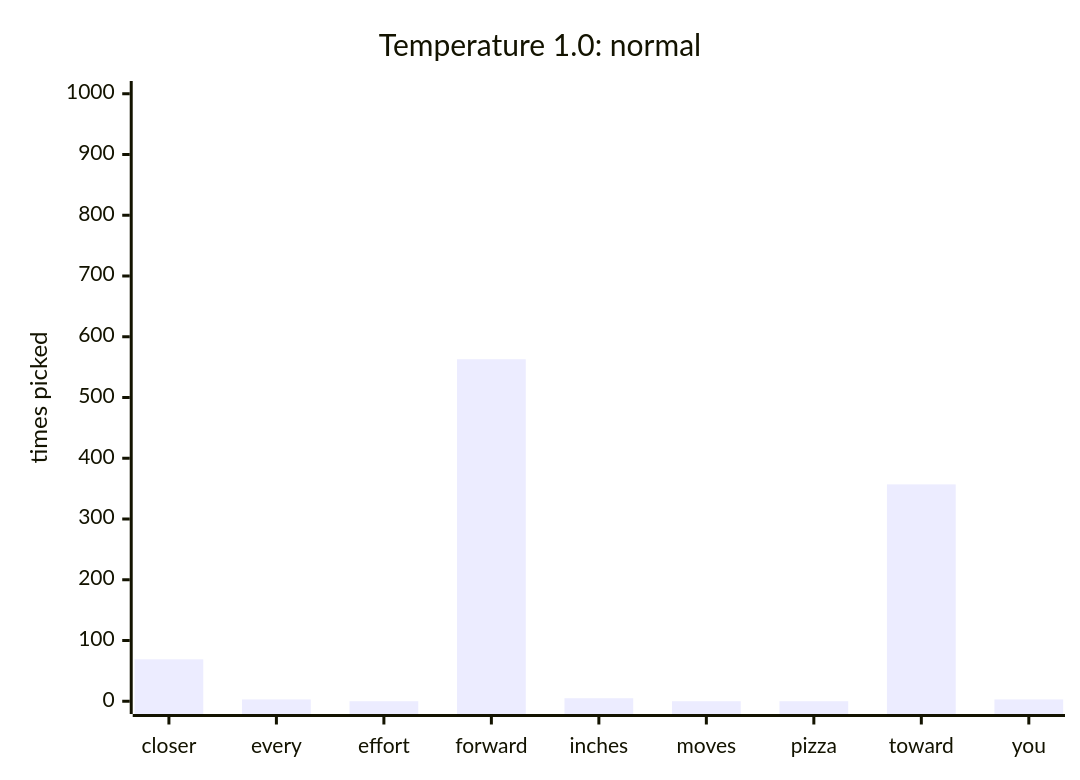
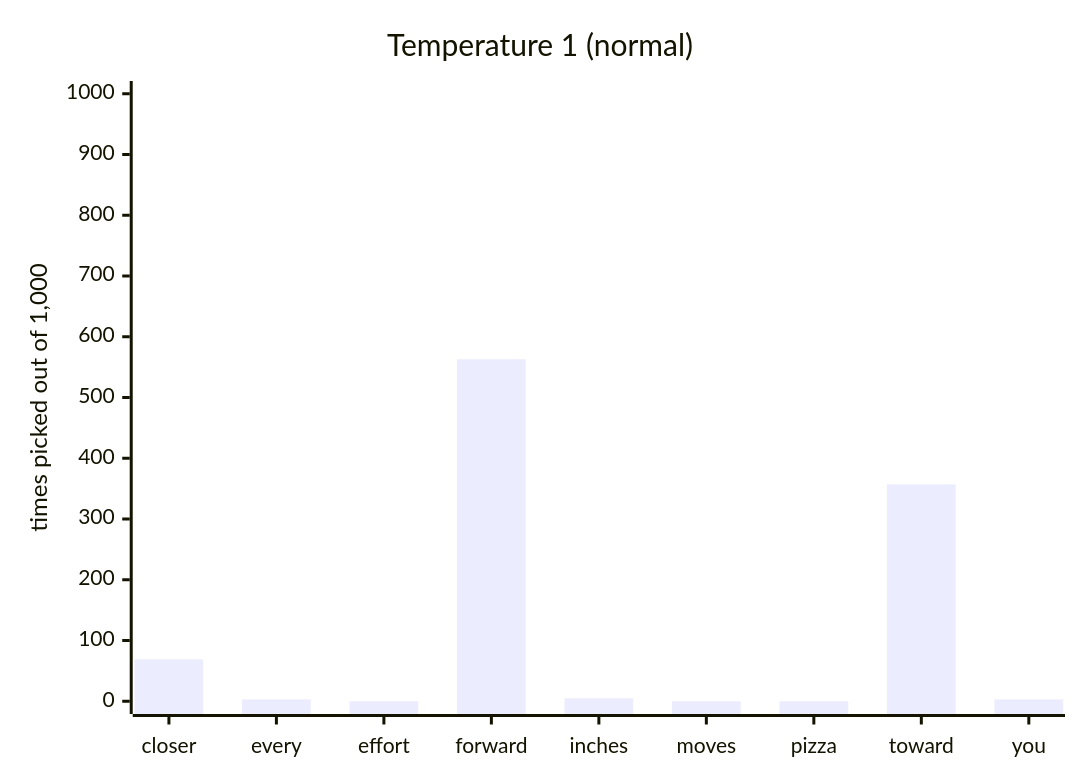
One commit to Ranjeet0611/tinygpt changed the seventh of 12 diagrams in docs/07-generating-text.md. Above: the diagram before and after it, drawn with Mermaid. The commit also changed other lines of this file and 9 other files, not shown here.

````diff
--- a/docs/07-generating-text.md
+++ b/docs/07-generating-text.md
@@ -64,7 +116,7 @@
 ```mermaid
 xychart-beta
-    title "Temperature 1.0: normal"
+    title "Temperature 1 (normal)"
     x-axis [closer, every, effort, forward, inches, moves, pizza, toward, you]
-    y-axis "times picked" 0 --> 1000
+    y-axis "times picked out of 1,000" 0 --> 1000
     bar [69, 3, 0, 563, 5, 0, 0, 357, 3]
 ```
````
